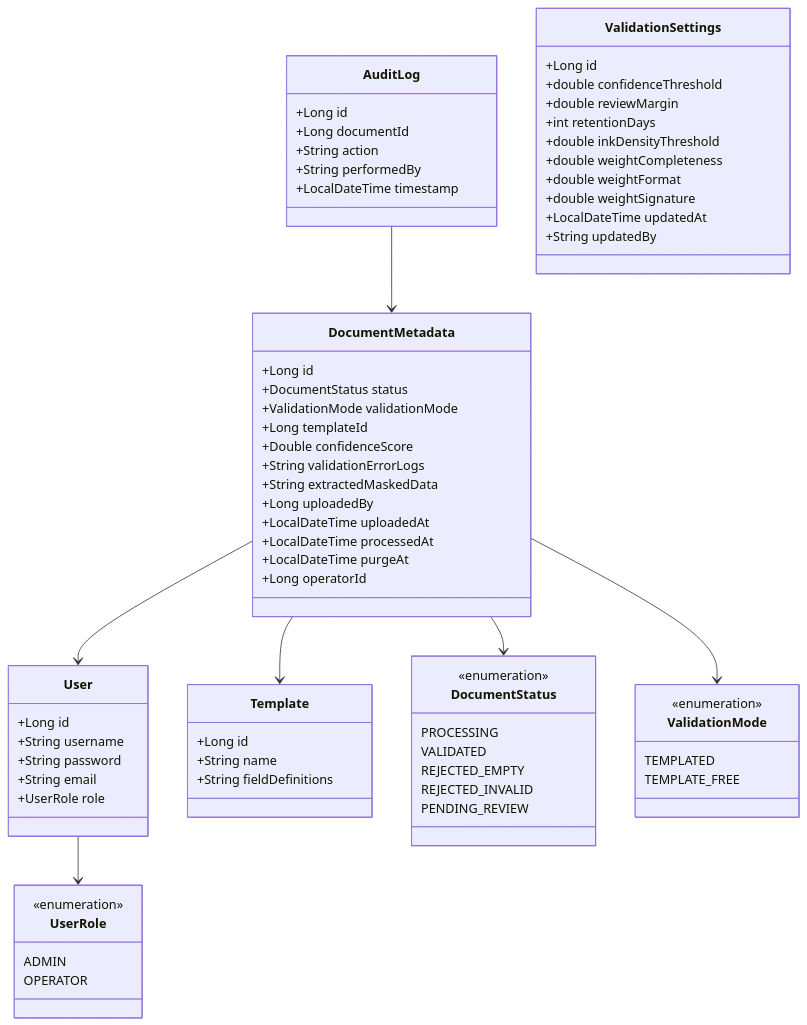
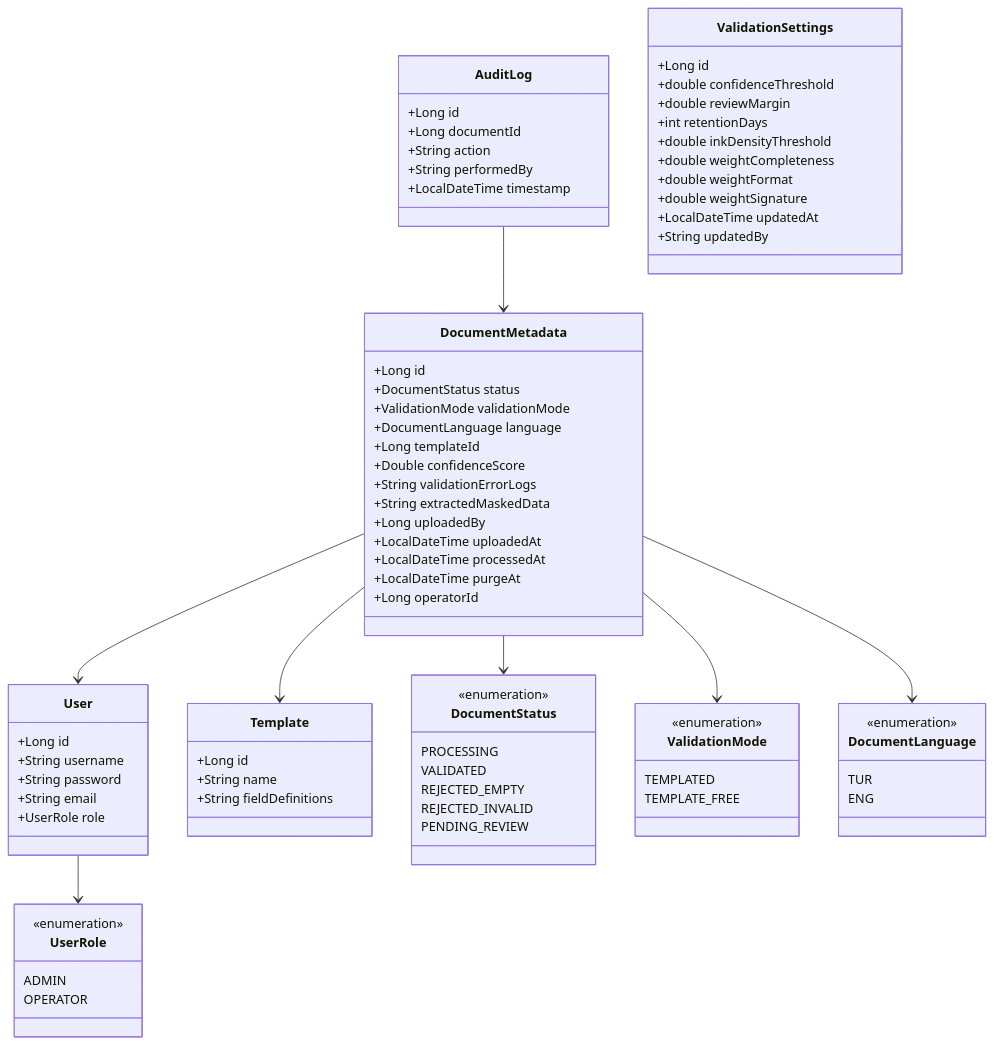
The second of 3 diagrams in SDD.md (pelinevleksiz/validdoc), drawn with Mermaid before and after one commit. The commit also changed other lines of this file and 12 other files, not shown here.

Commit message:
feat: add TR/EN localization for API error messages and OCR document language selection, fix Tesseract tessdata path and thread-safety, and update SDD/SRS accordingly

````diff
--- a/SDD.md
+++ b/SDD.md
@@ -61,72 +61,79 @@
 ```mermaid
 classDiagram
     class User {
         +Long id
         +String username
         +String password
         +String email
         +UserRole role
     }
     class DocumentMetadata {
         +Long id
         +DocumentStatus status
         +ValidationMode validationMode
+        +DocumentLanguage language
         +Long templateId
         +Double confidenceScore
         +String validationErrorLogs
         +String extractedMaskedData
         +Long uploadedBy
         +LocalDateTime uploadedAt
         +LocalDateTime processedAt
         +LocalDateTime purgeAt
         +Long operatorId
     }
     class Template {
         +Long id
         +String name
         +String fieldDefinitions
     }
     class AuditLog {
         +Long id
         +Long documentId
         +String action
         +String performedBy
         +LocalDateTime timestamp
     }
     class UserRole {
         <<enumeration>>
         ADMIN
         OPERATOR
     }
     class DocumentStatus {
         <<enumeration>>
         PROCESSING
         VALIDATED
         REJECTED_EMPTY
         REJECTED_INVALID
         PENDING_REVIEW
     }
     class ValidationMode {
         <<enumeration>>
         TEMPLATED
         TEMPLATE_FREE
     }
+    class DocumentLanguage {
+        <<enumeration>>
+        TUR
+        ENG
+    }
     class ValidationSettings {
         +Long id
         +double confidenceThreshold
         +double reviewMargin
         +int retentionDays
         +double inkDensityThreshold
         +double weightCompleteness
         +double weightFormat
         +double weightSignature
         +LocalDateTime updatedAt
         +String updatedBy
     }
     User --> UserRole
     DocumentMetadata --> DocumentStatus
     DocumentMetadata --> ValidationMode
+    DocumentMetadata --> DocumentLanguage
     DocumentMetadata --> Template
     DocumentMetadata --> User
     AuditLog --> DocumentMetadata
 ```
````
